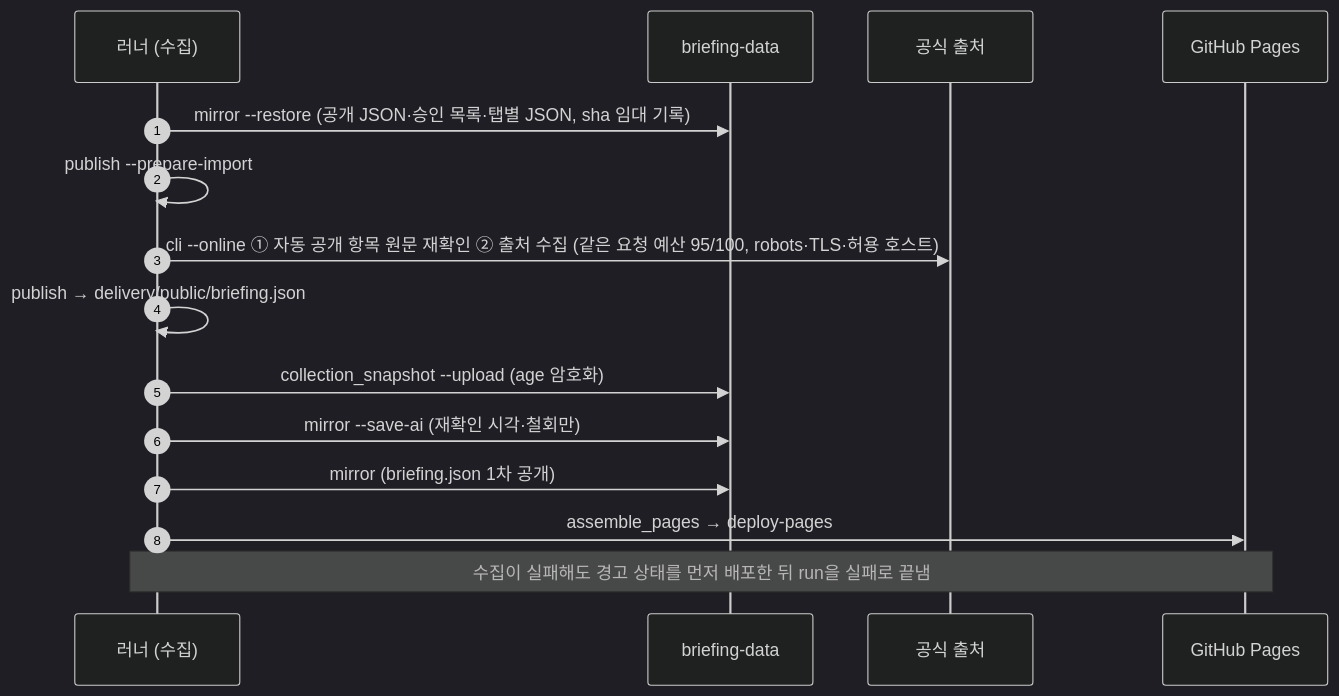
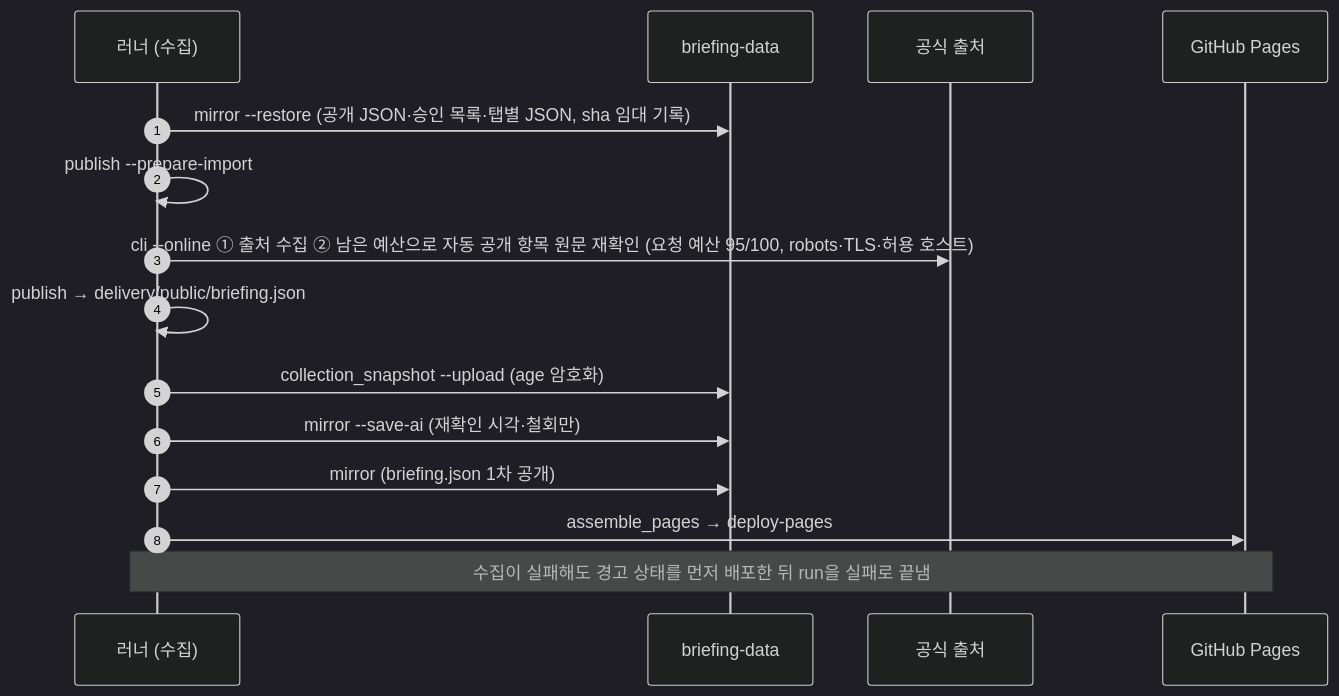
One commit to Kim-Taesu/benefit-monitor changed the seventh of 13 diagrams in docs/architecture.md. Above: the diagram before and after it, drawn with Mermaid (dark theme). The commit also changed other lines of this file and 3 other files, not shown here.

````diff
--- a/docs/architecture.md
+++ b/docs/architecture.md
@@ -237,17 +237,17 @@
 ```mermaid
 sequenceDiagram
   autonumber
   participant R as 러너 (수집)
   participant BD as briefing-data
   participant O as 공식 출처
   participant GP as GitHub Pages
   R->>BD: mirror --restore (공개 JSON·승인 목록·탭별 JSON, sha 임대 기록)
   R->>R: publish --prepare-import
-  R->>O: cli --online ① 자동 공개 항목 원문 재확인 ② 출처 수집 (같은 요청 예산 95/100, robots·TLS·허용 호스트)
+  R->>O: cli --online ① 출처 수집 ② 남은 예산으로 자동 공개 항목 원문 재확인 (요청 예산 95/100, robots·TLS·허용 호스트)
   R->>R: publish → delivery/public/briefing.json
   R->>BD: collection_snapshot --upload (age 암호화)
   R->>BD: mirror --save-ai (재확인 시각·철회만)
   R->>BD: mirror (briefing.json 1차 공개)
   R->>GP: assemble_pages → deploy-pages
   Note over R,GP: 수집이 실패해도 경고 상태를 먼저 배포한 뒤 run을 실패로 끝냄
 ```
````
